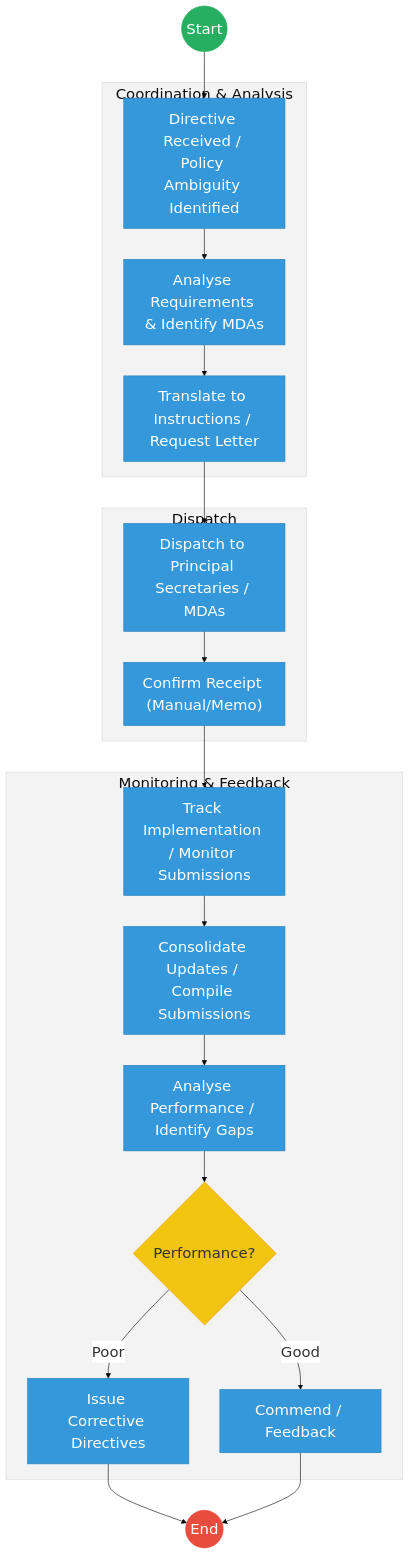
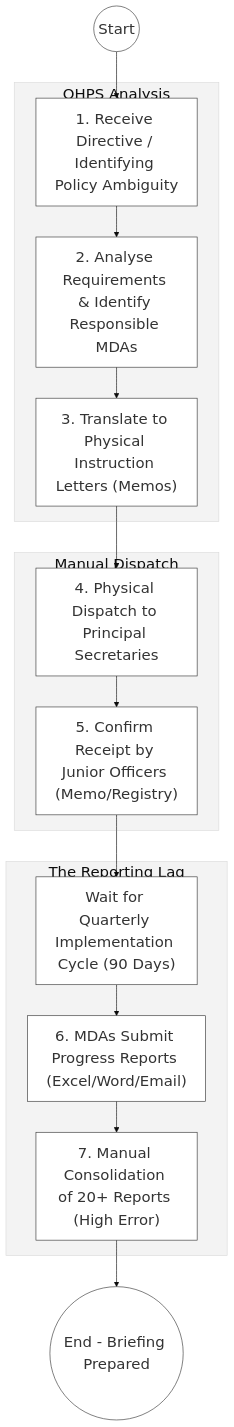
Before and after one commit to BITZ-IT-Consulting-LTD/ictapoc: the first of 2 diagrams in mdas/docs_final/priority_mdas/OFFICE_OF_THE_HEAD_OF_PUBLIC_SERVICE_OHPS___Executive_Coordination.md, drawn with Mermaid. The commit also changed other lines of this file and 37 other files, not shown here.

````diff
--- a/mdas/docs_final/priority_mdas/OFFICE_OF_THE_HEAD_OF_PUBLIC_SERVICE_OHPS___Executive_Coordination.md
+++ b/mdas/docs_final/priority_mdas/OFFICE_OF_THE_HEAD_OF_PUBLIC_SERVICE_OHPS___Executive_Coordination.md
@@ -29,37 +77,23 @@
 ```mermaid
 %%{init: { 'theme': 'base', 'themeVariables': { 'fontSize': '24px', 'fontFamily': 'Inter, system-ui, sans-serif', 'primaryColor': '#ffffff', 'edgeLabelBackground':'#ffffff', 'tertiaryColor': '#f3f3f3', 'mainBkg': '#ffffff', 'nodeBorder': '#333333' } } }%%
-graph TD
-    Start((Start)) --> Directive["Directive Received / Policy Ambiguity Identified"]
+flowchart TD
+    Start((Start)) --> Directive["1. Receive Directive / Identifying Policy Ambiguity"]
     
-    subgraph Analysis["Coordination & Analysis"]
-        Directive --> Analyze["Analyse Requirements & Identify MDAs"]
-        Analyze --> Translate["Translate to Instructions / Request Letter"]
+    subgraph Analysis_Silo["OHPS Analysis"]
+        Directive --> Analyze["2. Analyse Requirements & Identify Responsible MDAs"]
+        Analyze --> Translate["3. Translate to Physical Instruction Letters (Memos)"]
     end
-    
-    subgraph Dissemination [Dispatch]
-        Translate --> Dispatch["Dispatch to Principal Secretaries / MDAs"]
-        Dispatch --> Receipt["Confirm Receipt (Manual/Memo)"]
+
+    subgraph Dissemination_Layer["Manual Dispatch"]
+        Translate --> Dispatch["4. Physical Dispatch to Principal Secretaries"]
+        Dispatch --> Receipt["5. Confirm Receipt by Junior Officers (Memo/Registry)"]
     end
-    
-    subgraph Monitoring["Monitoring & Feedback"]
-        Receipt --> Track["Track Implementation / Monitor Submissions"]
-        Track --> Consolidate["Consolidate Updates / Compile Submissions"]
-        Consolidate --> Assess["Analyse Performance / Identify Gaps"]
-        Assess --> Perf{"Performance?"}
-        
-        Perf -- "Good" --> Commend["Commend / Feedback"]
-        Perf -- "Poor" --> Corrective["Issue Corrective Directives"]
+
+    subgraph Monitoring_Silo["The Reporting Lag"]
+        Receipt --> Wait["Wait for Quarterly Implementation Cycle (90 Days)"]
+        Wait --> SubProg["6. MDAs Submit Progress Reports (Excel/Word/Email)"]
+        SubProg --> Consolidate["7. Manual Consolidation of 20+ Reports (High Error)"]
     end
-    
-    Corrective --> End((End))
-    Commend --> End
 
-    classDef start fill:#27ae60,stroke:#27ae60,color:#fff,font-size:24px,font-size:24px;;
-    classDef endNode fill:#e74c3c,stroke:#e74c3c,color:#fff,font-size:24px,font-size:24px;;
-    classDef userTask fill:#3498db,stroke:#2980b9,color:#fff,font-size:24px,font-size:24px;;
-    classDef gateway fill:#f1c40f,stroke:#f39c12,color:#333,font-size:24px,font-size:24px;;
-    class Start start;
-    class End endNode;
-    class Perf gateway;
-    class Directive,Analyze,Translate,Dispatch,Receipt,Track,Consolidate,Assess,Commend,Corrective userTask;
+    Consolidate --> EndProcess(("End - Briefing Prepared"))
 ```
````
